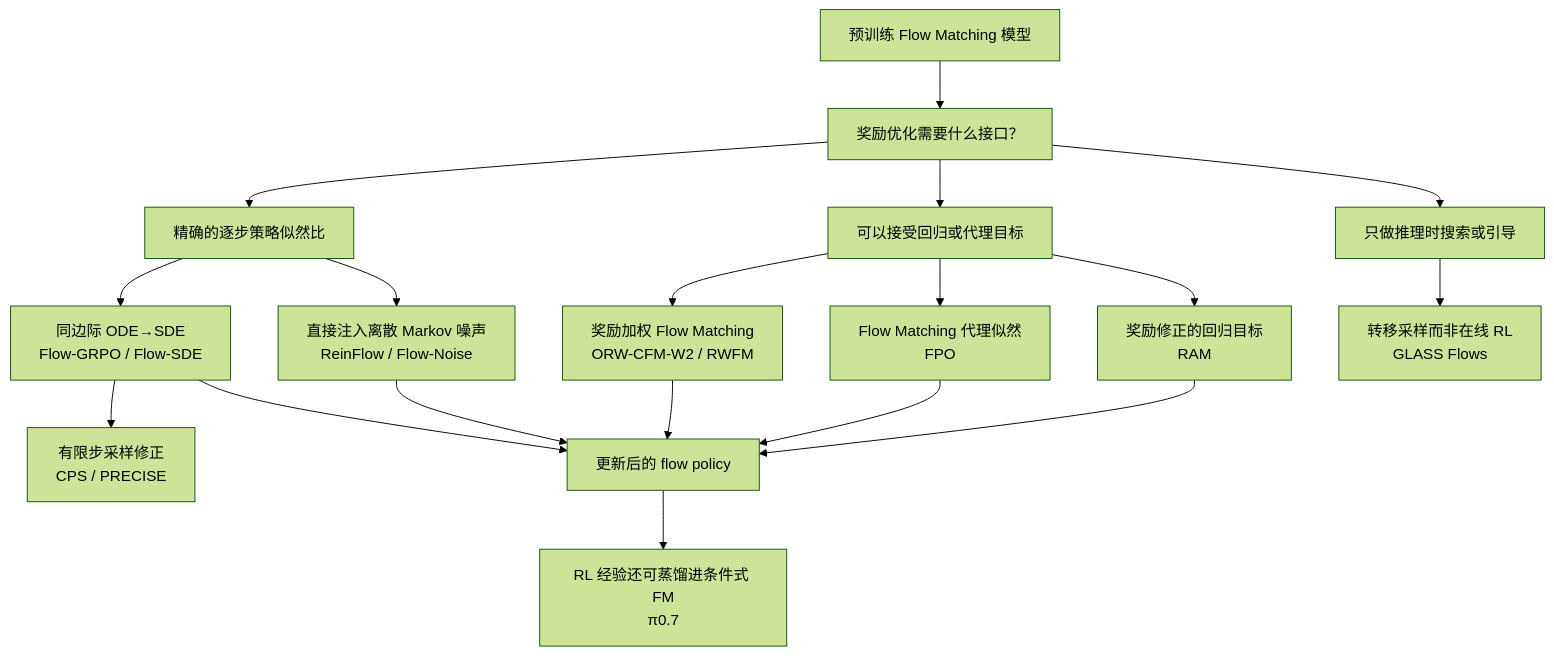
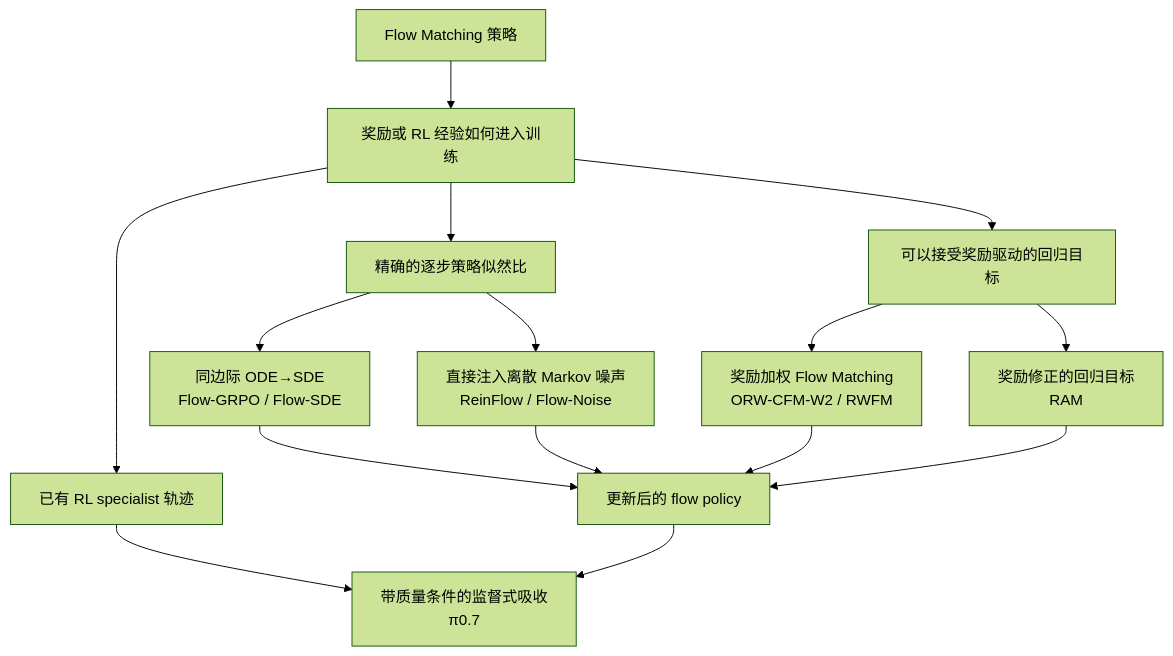
Before and after one commit to QH-Lin/QH-Lin.github.io: the first of 3 diagrams in content/posts/flow-matching-rl-ii-from-deterministic-ode-to-stochastic-sde/index.md, drawn with Mermaid (forest theme). The commit also changed other lines of this file and 4 other files, not shown here.

Commit message:
Update Flow Matching RL part two

````diff
--- a/content/posts/flow-matching-rl-ii-from-deterministic-ode-to-stochastic-sde/index.md
+++ b/content/posts/flow-matching-rl-ii-from-deterministic-ode-to-stochastic-sde/index.md
@@ -28,24 +31,19 @@
 ```mermaid
 flowchart TD
-    A["预训练 Flow Matching 模型"] --> B["奖励优化需要什么接口？"]
+    A["Flow Matching 策略"] --> B["奖励或 RL 经验如何进入训练"]
     B --> C["精确的逐步策略似然比"]
-    B --> D["可以接受回归或代理目标"]
-    B --> E["只做推理时搜索或引导"]
+    B --> D["可以接受奖励驱动的回归目标"]
+    B --> E["已有 RL specialist 轨迹"]
 
     C --> C1["同边际 ODE→SDE<br/>Flow-GRPO / Flow-SDE"]
     C --> C2["直接注入离散 Markov 噪声<br/>ReinFlow / Flow-Noise"]
-    C1 --> C3["有限步采样修正<br/>CPS / PRECISE"]
-
     D --> D1["奖励加权 Flow Matching<br/>ORW-CFM-W2 / RWFM"]
-    D --> D2["Flow Matching 代理似然<br/>FPO"]
-    D --> D3["奖励修正的回归目标<br/>RAM"]
-
-    E --> E1["转移采样而非在线 RL<br/>GLASS Flows"]
+    D --> D2["奖励修正的回归目标<br/>RAM"]
 
     C1 --> F["更新后的 flow policy"]
     C2 --> F
     D1 --> F
     D2 --> F
-    D3 --> F
-    F --> G["RL 经验还可蒸馏进条件式 FM<br/>π0.7"]
+    E --> G["带质量条件的监督式吸收<br/>π0.7"]
+    F --> G
 ```
````
